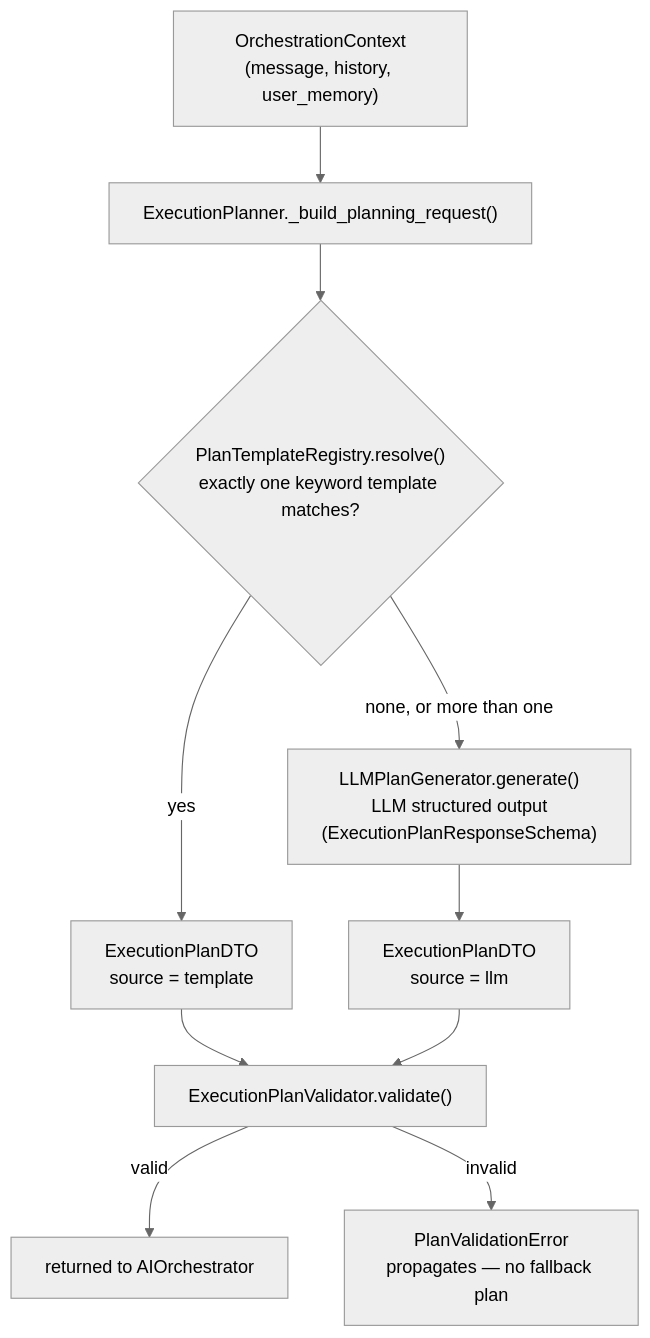
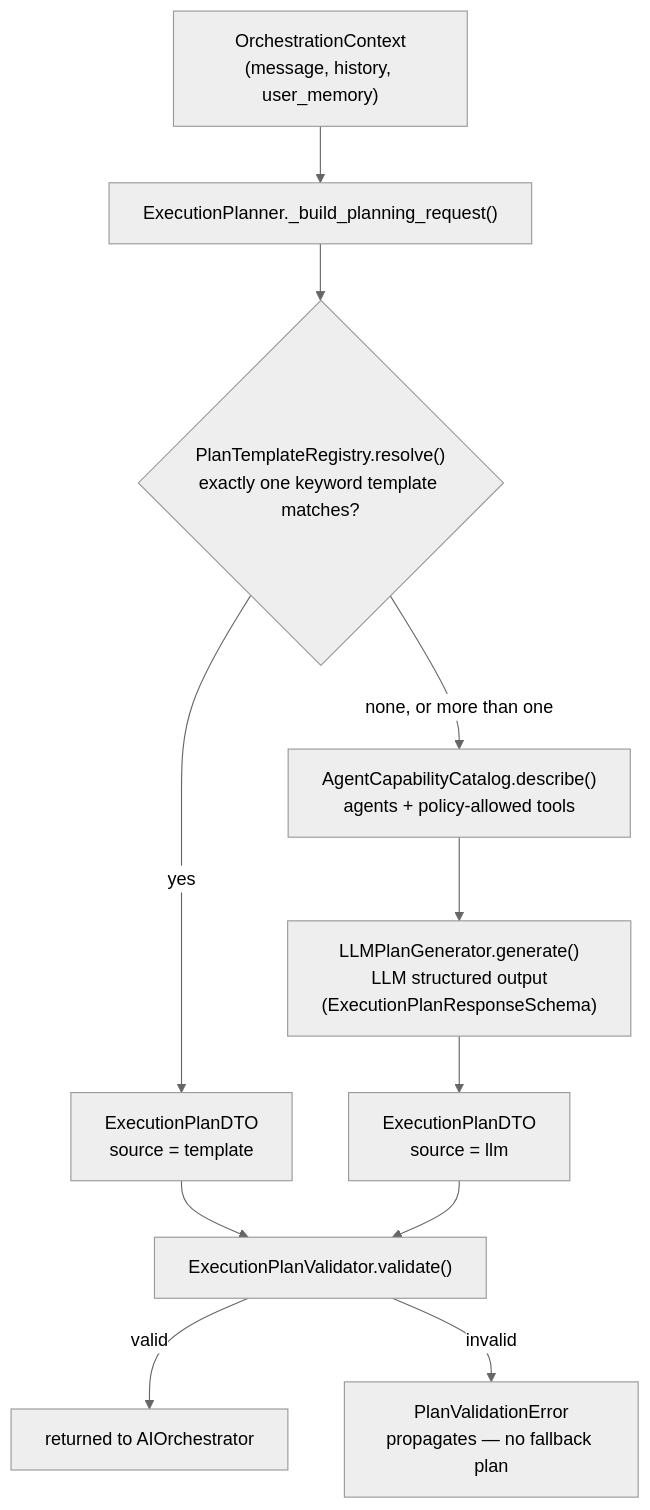
One commit to bharatkse/juris-ai changed the diagram in server/src/agentic/planning/README.md. Above: the diagram before and after it, drawn with Mermaid (neutral theme). The commit also changed other lines of this file and 47 other files, not shown here.

First line of the commit message:
feat(planning): tell the planner which tools each agent may use (#73)

````diff
--- a/server/src/agentic/planning/README.md
+++ b/server/src/agentic/planning/README.md
@@ -25,12 +26,13 @@
 ```mermaid
 flowchart TD
     CTX["OrchestrationContext<br/>(message, history, user_memory)"] --> REQ["ExecutionPlanner._build_planning_request()"]
     REQ --> TPL{"PlanTemplateRegistry.resolve()<br/>exactly one keyword template matches?"}
     TPL -->|yes| PLAN["ExecutionPlanDTO<br/>source = template"]
-    TPL -->|none, or more than one| LLM["LLMPlanGenerator.generate()<br/>LLM structured output<br/>(ExecutionPlanResponseSchema)"]
+    TPL -->|none, or more than one| CAP["AgentCapabilityCatalog.describe()<br/>agents + policy-allowed tools"]
+    CAP --> LLM["LLMPlanGenerator.generate()<br/>LLM structured output<br/>(ExecutionPlanResponseSchema)"]
     LLM --> PLAN2["ExecutionPlanDTO<br/>source = llm"]
     PLAN --> VAL["ExecutionPlanValidator.validate()"]
     PLAN2 --> VAL
     VAL -->|valid| OUT["returned to AIOrchestrator"]
     VAL -->|invalid| ERR["PlanValidationError<br/>propagates — no fallback plan"]
 ```
````
